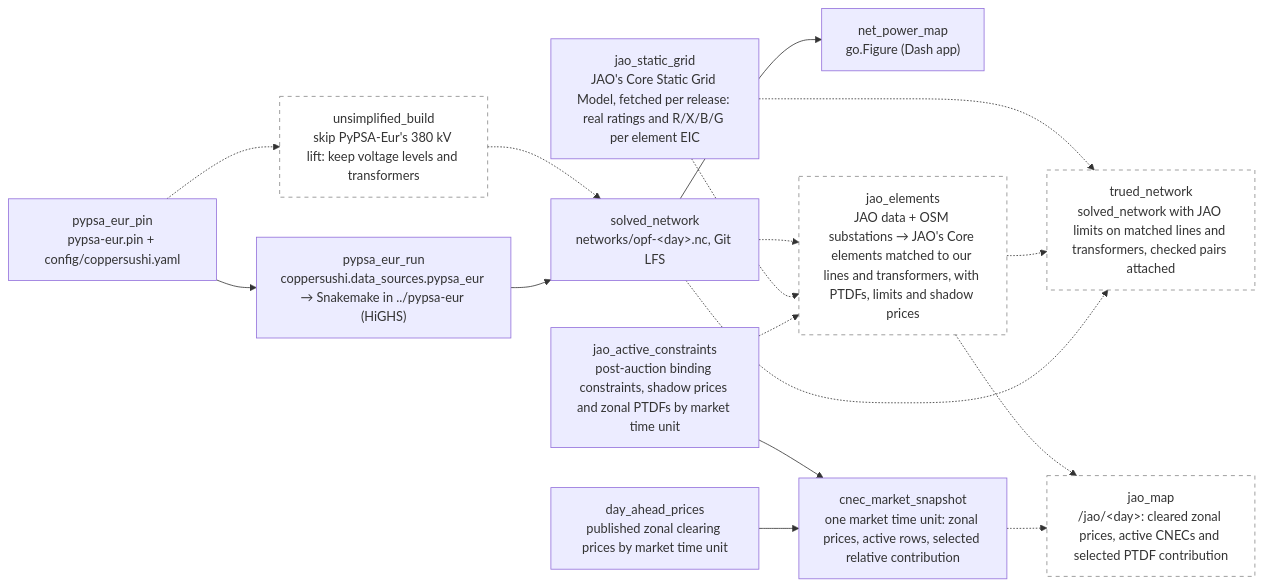
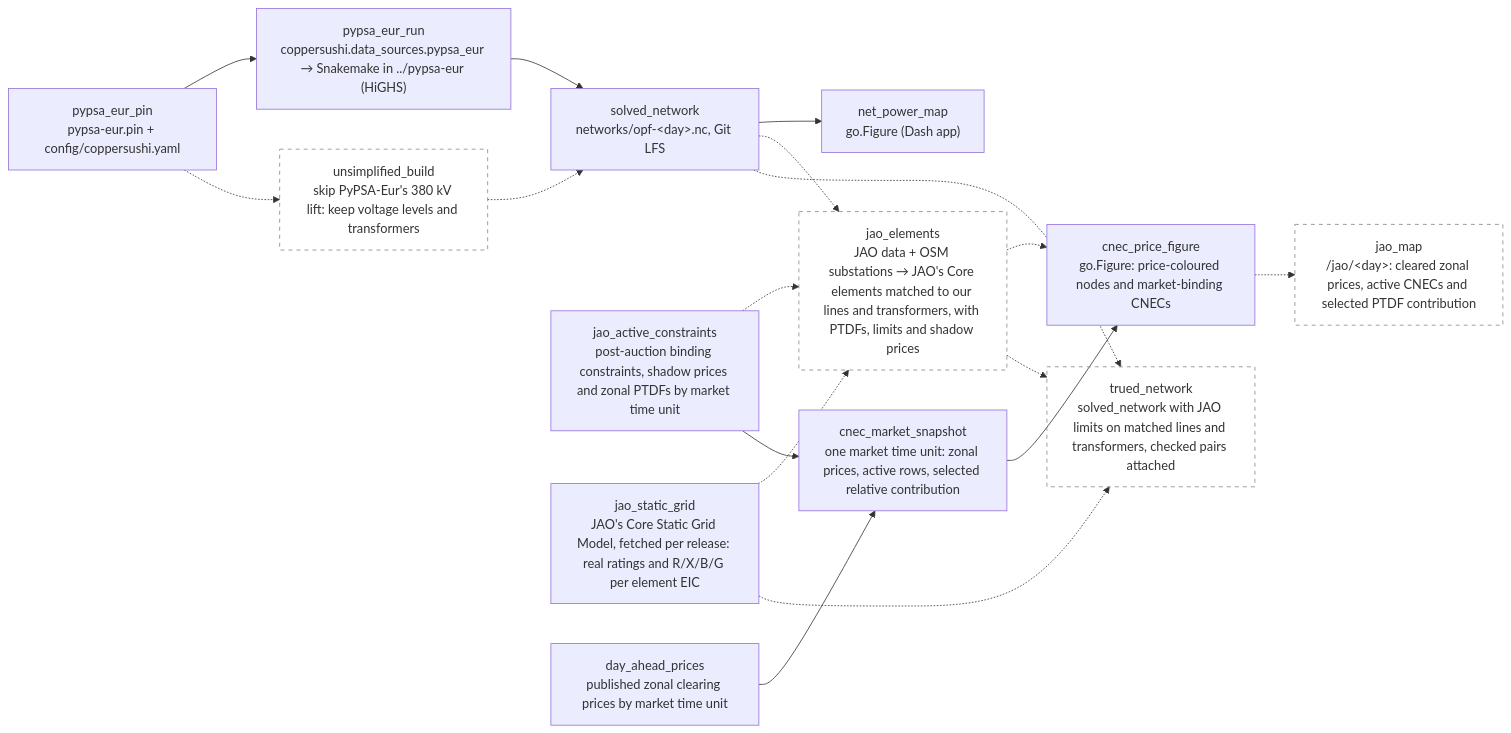
One commit to zoltanmaric/coppersushi changed the diagram in wiki/sushi-2.md. Above: the diagram before and after it, drawn with Mermaid. The commit also changed 3 other files, not shown here.

````diff
--- a/wiki/sushi-2.md
+++ b/wiki/sushi-2.md
@@ -16,36 +16,38 @@
 ```mermaid
 flowchart LR
     classDef planned stroke-dasharray: 5 5,stroke:#888,fill:none
 
     net_power_map["net_power_map<br/>go.Figure (Dash app)"]
 
     pypsa_eur_pin["pypsa_eur_pin<br/>pypsa-eur.pin + config/coppersushi.yaml"]
     pypsa_eur_run["pypsa_eur_run<br/>coppersushi.data_sources.pypsa_eur → Snakemake in ../pypsa-eur (HiGHS)"]
     solved_network["solved_network<br/>networks/opf-&lt;day&gt;.nc, Git LFS"]
     jao_active_constraints["jao_active_constraints<br/>post-auction binding constraints, shadow prices and zonal PTDFs by market time unit"]
 
     jao_static_grid["jao_static_grid<br/>JAO's Core Static Grid Model, fetched per release: real ratings and R/X/B/G per element EIC"]
 
     unsimplified["unsimplified_build<br/>skip PyPSA-Eur's 380 kV lift: keep voltage levels and transformers"]:::planned
     jao_elements["jao_elements<br/>JAO data + OSM substations → JAO's Core elements matched to our lines and transformers, with PTDFs, limits and shadow prices"]:::planned
     day_ahead_prices["day_ahead_prices<br/>published zonal clearing prices by market time unit"]
     cnec_market_snapshot["cnec_market_snapshot<br/>one market time unit: zonal prices, active rows, selected relative contribution"]
+    cnec_price_figure["cnec_price_figure<br/>go.Figure: price-coloured nodes and market-binding CNECs"]
     jao_map["jao_map<br/>/jao/&lt;day&gt;: cleared zonal prices, active CNECs and selected PTDF contribution"]:::planned
     trued_network["trued_network<br/>solved_network with JAO limits on matched lines and transformers, checked pairs attached"]:::planned
 
     pypsa_eur_pin --> pypsa_eur_run
     pypsa_eur_pin -.-> unsimplified
     unsimplified -.-> solved_network
     pypsa_eur_run --> solved_network
     solved_network --> net_power_map
     solved_network -.-> jao_elements
     jao_static_grid -.-> jao_elements
     jao_static_grid -.-> trued_network
     jao_active_constraints -.-> jao_elements
     jao_active_constraints --> cnec_market_snapshot
     day_ahead_prices --> cnec_market_snapshot
-    jao_elements -.-> jao_map
-    cnec_market_snapshot -.-> jao_map
+    jao_elements -.-> cnec_price_figure
+    cnec_market_snapshot --> cnec_price_figure
+    cnec_price_figure -.-> jao_map
     jao_elements -.-> trued_network
     solved_network -.-> trued_network
 ```
````
